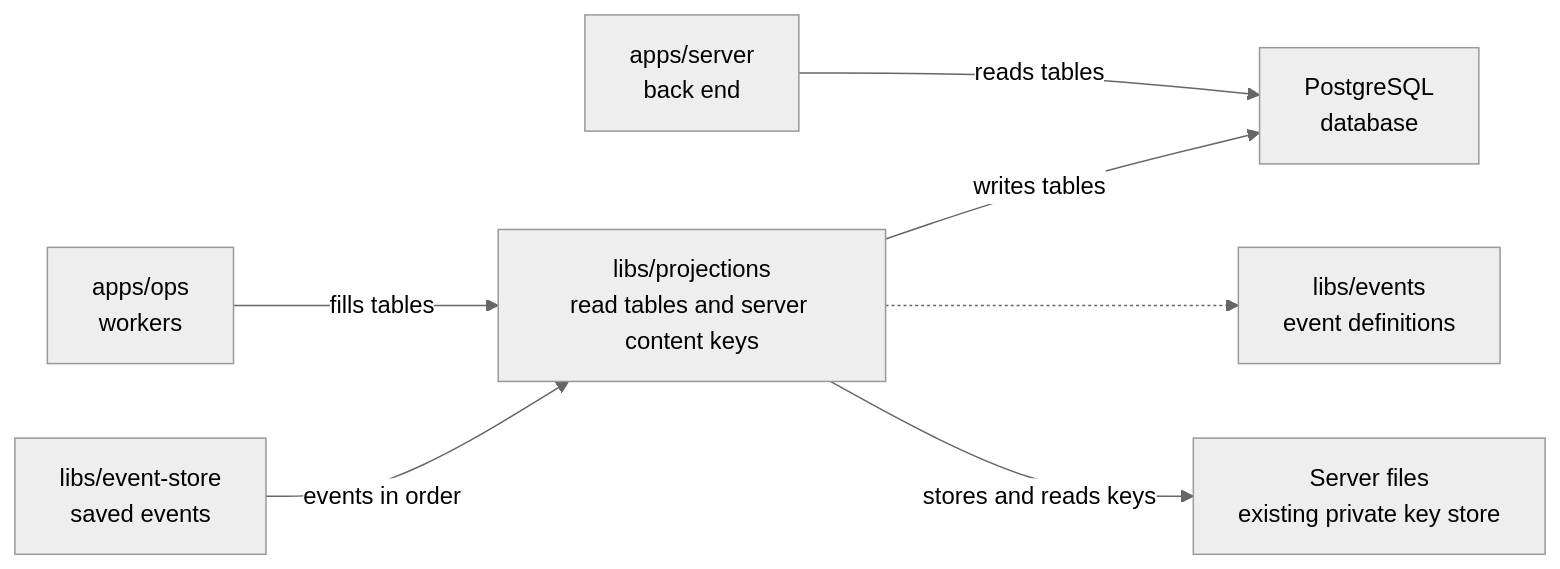
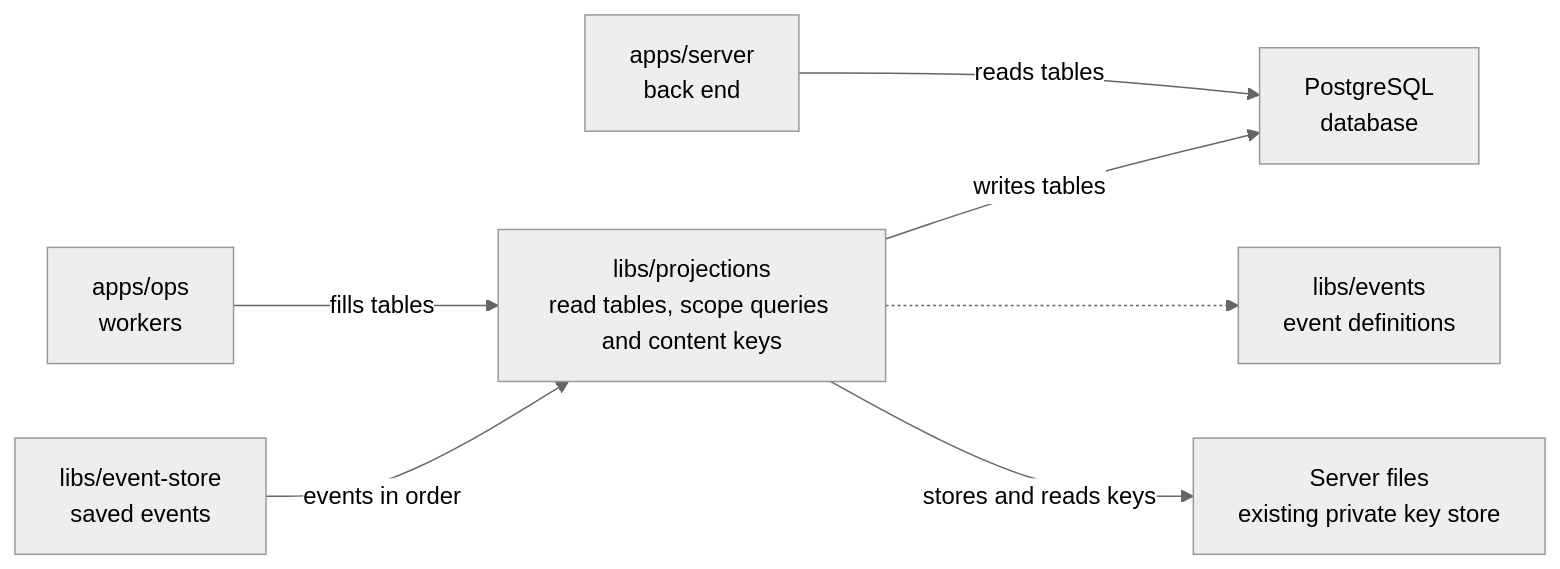
The diagram in libs/projections/README.md (elewa-git/opencrane-new), drawn with Mermaid (neutral theme) before and after one commit. The commit also changed other lines of this file and 10 other files, not shown here.

````diff
--- a/libs/projections/README.md
+++ b/libs/projections/README.md
@@ -23,9 +23,9 @@
 ```mermaid
 flowchart LR
-  ops["apps/ops<br/>workers"] -->|fills tables| projections["libs/projections<br/>read tables and server content keys"]
+  ops["apps/ops<br/>workers"] -->|fills tables| projections["libs/projections<br/>read tables, scope queries and content keys"]
   server["apps/server<br/>back end"] -->|reads tables| pg["PostgreSQL<br/>database"]
   projections -->|writes tables| pg
   store["libs/event-store<br/>saved events"] -->|events in order| projections
   projections -.-> events["libs/events<br/>event definitions"]
   projections -->|stores and reads keys| keys["Server files<br/>existing private key store"]
 ```
````
